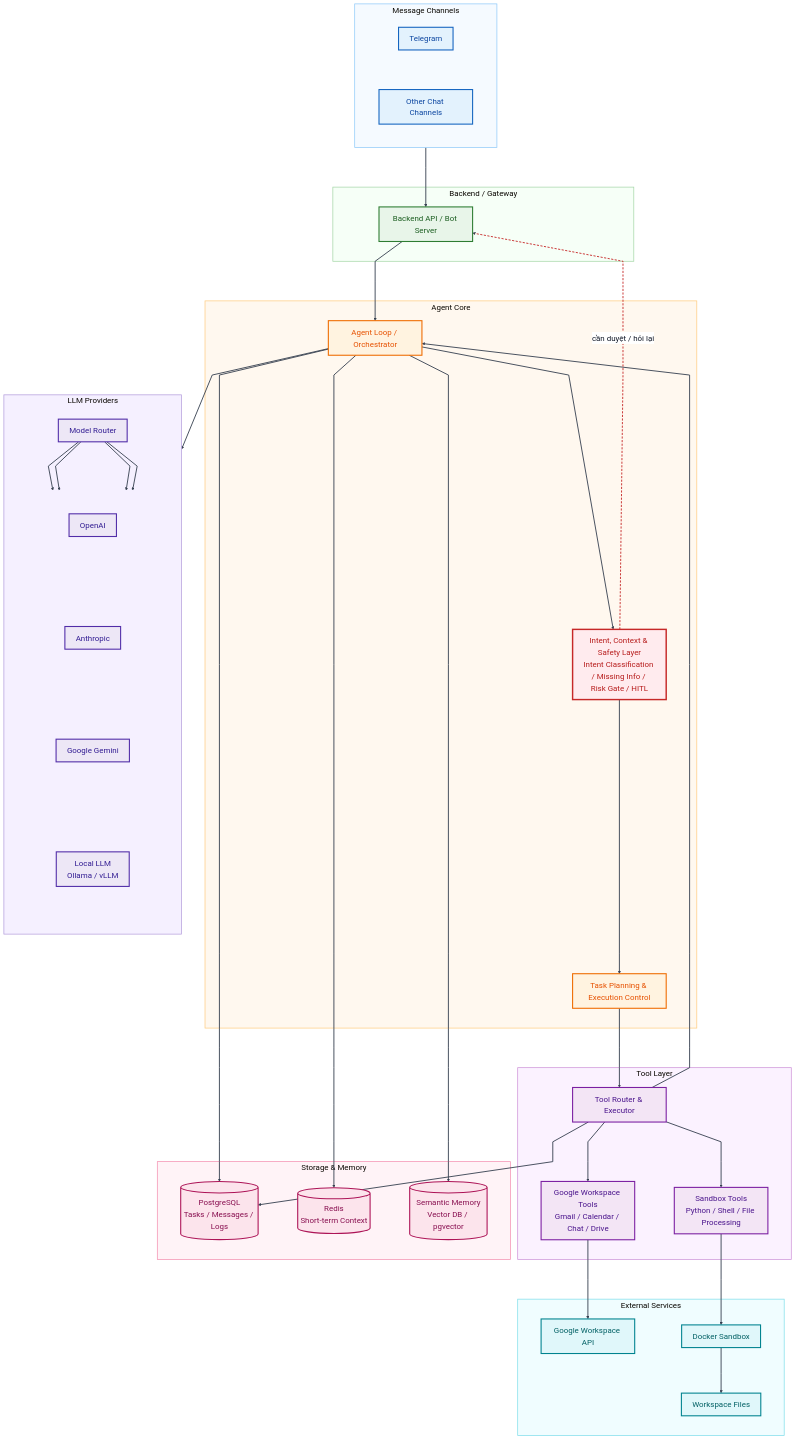
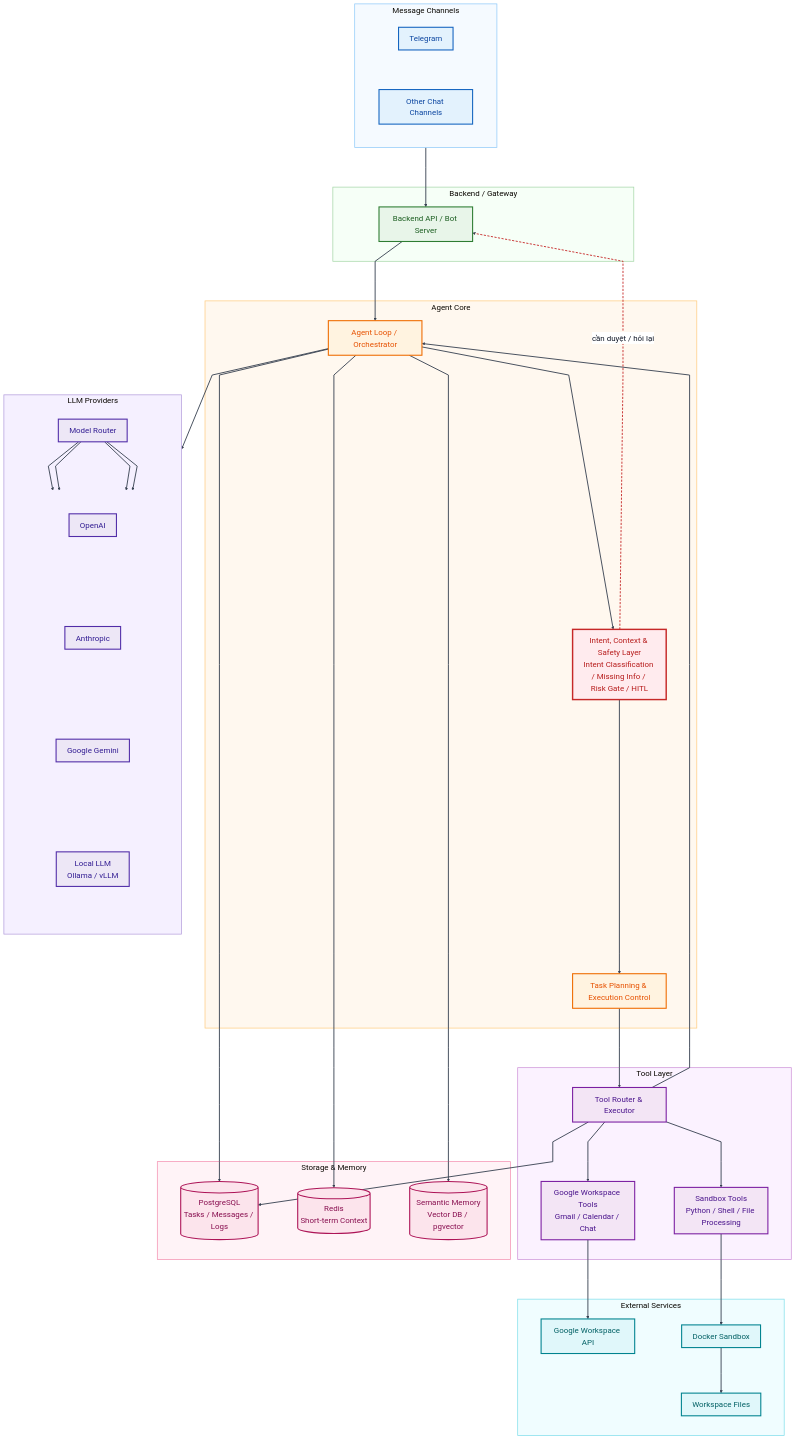
One commit to AI26-V-Claw/V-Claw changed the second of 2 diagrams in docs/01-system-design.md. Above: the diagram before and after it, drawn with Mermaid. The commit also changed 4 other files, not shown here.

```diff
--- a/docs/01-system-design.md
+++ b/docs/01-system-design.md
@@ -89,7 +89,7 @@
     %% ===== Tools =====
     subgraph Tools["Tool Layer"]
         ROUTER["Tool Router & Executor"]
-        GTOOLS["Google Workspace Tools<br>Gmail / Calendar / Chat / Drive"]
+        GTOOLS["Google Workspace Tools<br>Gmail / Calendar / Chat"]
         SANDBOX["Sandbox Tools<br>Python / Shell / File Processing"]
     end
 
```
